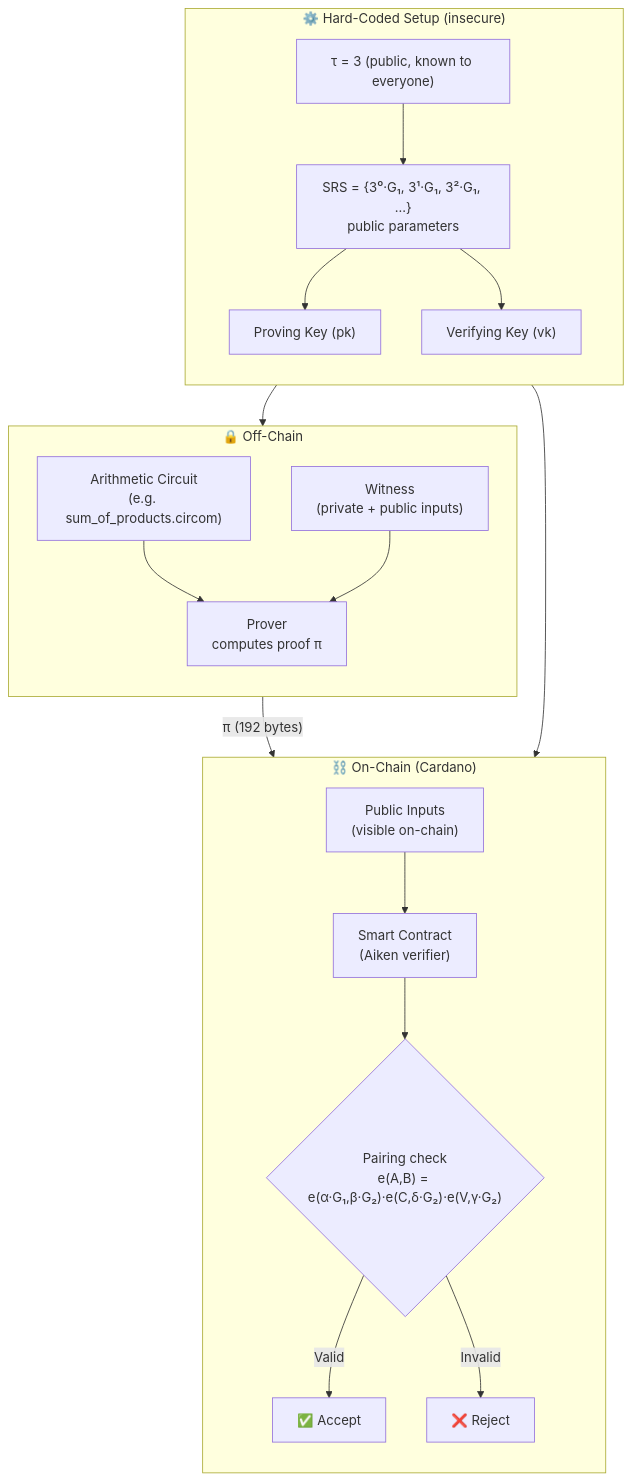
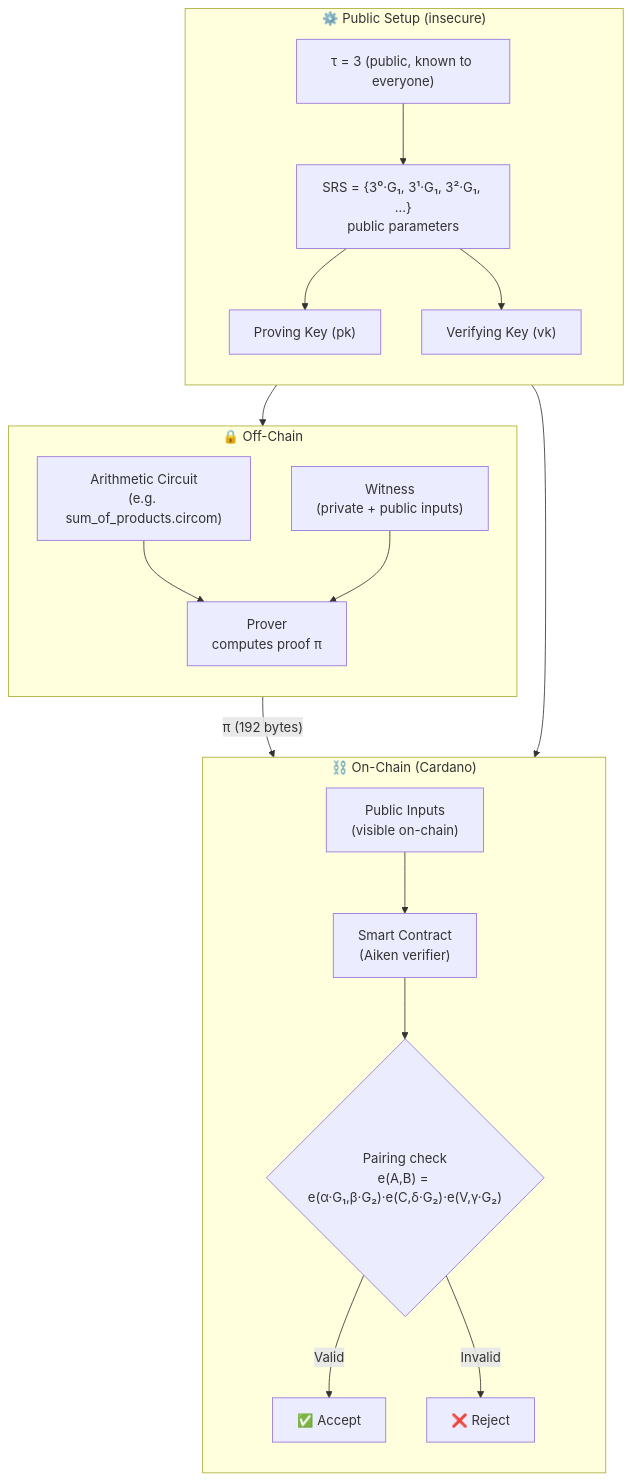
One commit to cardano-foundation/bls changed the second of 3 diagrams in tutorials/zkp-from-first-principles.md. Above: the diagram before and after it, drawn with Mermaid. The commit also changed other lines of this file, not shown here.

````diff
--- a/tutorials/zkp-from-first-principles.md
+++ b/tutorials/zkp-from-first-principles.md
@@ -139,39 +178,39 @@
 ```mermaid
 flowchart TB
-    subgraph Setup["⚙️ Hard-Coded Setup (insecure)"]
+    subgraph Setup["⚙️ Public Setup (insecure)"]
         direction TB
         Tau["τ = 3 (public, known to everyone)"]
         SRS["SRS = {3⁰·G₁, 3¹·G₁, 3²·G₁, ...}<br/>public parameters"]
         PK["Proving Key (pk)"]
         VK["Verifying Key (vk)"]
     end
 
     subgraph OffChain["🔒 Off-Chain"]
         direction TB
         Circuit["Arithmetic Circuit<br/>(e.g. sum_of_products.circom)"]
         Witness["Witness<br/>(private + public inputs)"]
         Prover["Prover<br/>computes proof π"]
     end
 
     subgraph OnChain["⛓️ On-Chain (Cardano)"]
         direction TB
         Contract["Smart Contract<br/>(Aiken verifier)"]
         Public["Public Inputs<br/>(visible on-chain)"]
         Check{"Pairing check<br/>e(A,B) = e(α·G₁,β·G₂)·e(C,δ·G₂)·e(V,γ·G₂)"}
         Accept["✅ Accept"]
         Reject["❌ Reject"]
     end
 
     Tau --> SRS
     SRS --> PK
     SRS --> VK
     Circuit --> Prover
     Witness --> Prover
     PK --> Prover
     Prover -->|"π (192 bytes)"| Contract
     VK --> Contract
     Public --> Contract
     Contract --> Check
     Check -->|Valid| Accept
     Check -->|Invalid| Reject
 ```
````
